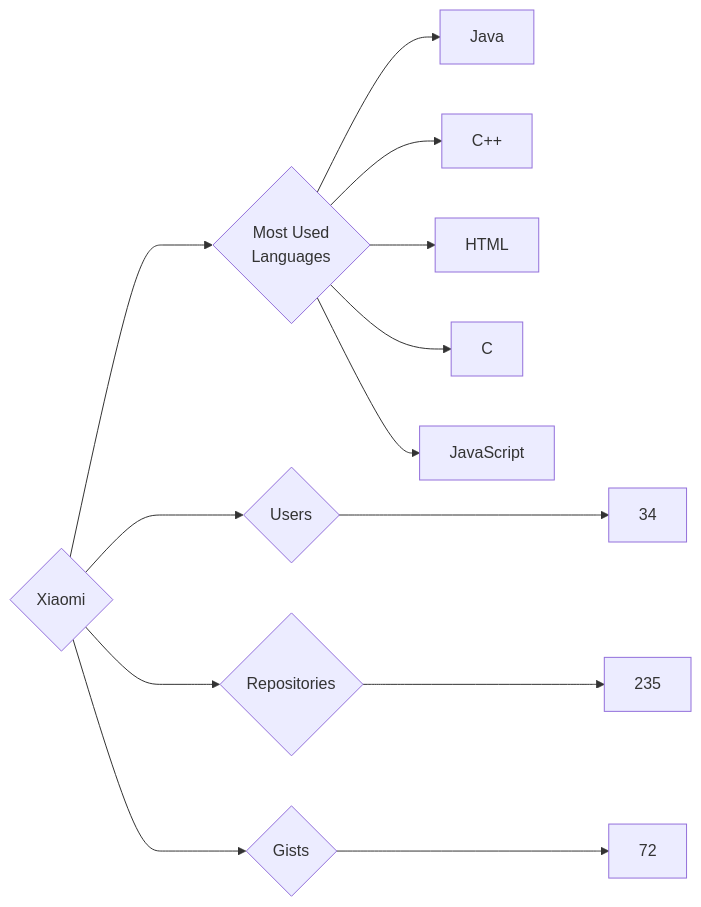
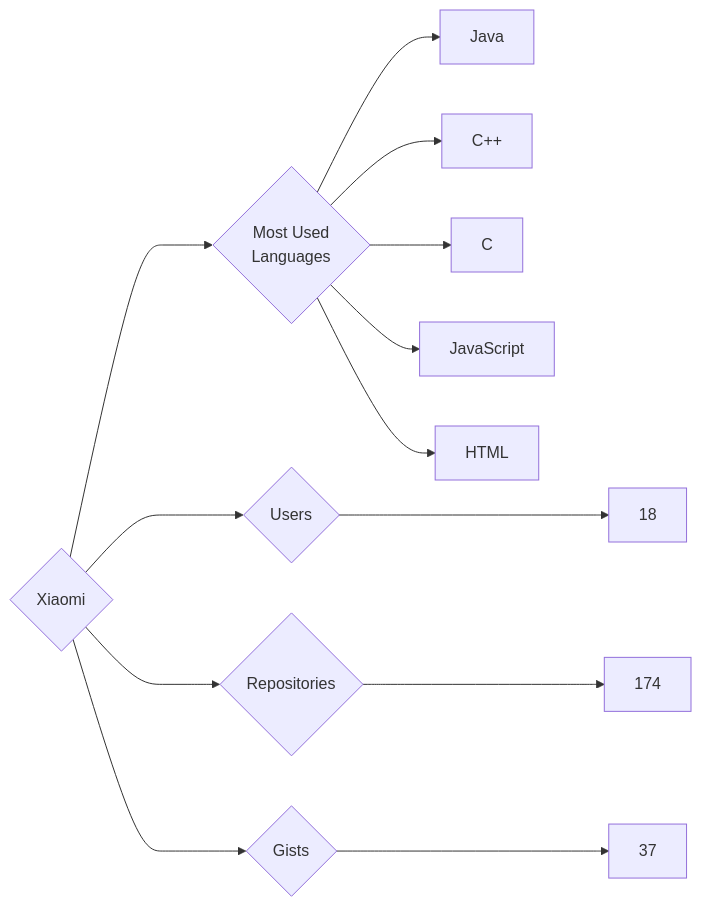
Before and after one commit to trickest/insiders: the diagram in targets/Xiaomi/README.md, drawn with Mermaid. The commit also changed 920 other files, not shown here.

````diff
--- a/targets/Xiaomi/README.md
+++ b/targets/Xiaomi/README.md
@@ -3,13 +3,13 @@
 ```mermaid
 graph LR
 COMPANY_NAME{Xiaomi}
-COMPANY_NAME ---> U{Users} ---> UN[34]
-COMPANY_NAME ---> R{Repositories} ---> RN[235]
-COMPANY_NAME ---> G{Gists} ---> GN[72]
+COMPANY_NAME ---> U{Users} ---> UN[18]
+COMPANY_NAME ---> R{Repositories} ---> RN[174]
+COMPANY_NAME ---> G{Gists} ---> GN[37]
 COMPANY_NAME ---> ML{Most Used<br>Languages}
 ML --> Java[Java]
 ML --> C++[C++]
-ML --> HTML[HTML]
 ML --> C[C]
 ML --> JavaScript[JavaScript]
+ML --> HTML[HTML]
 ```
````
